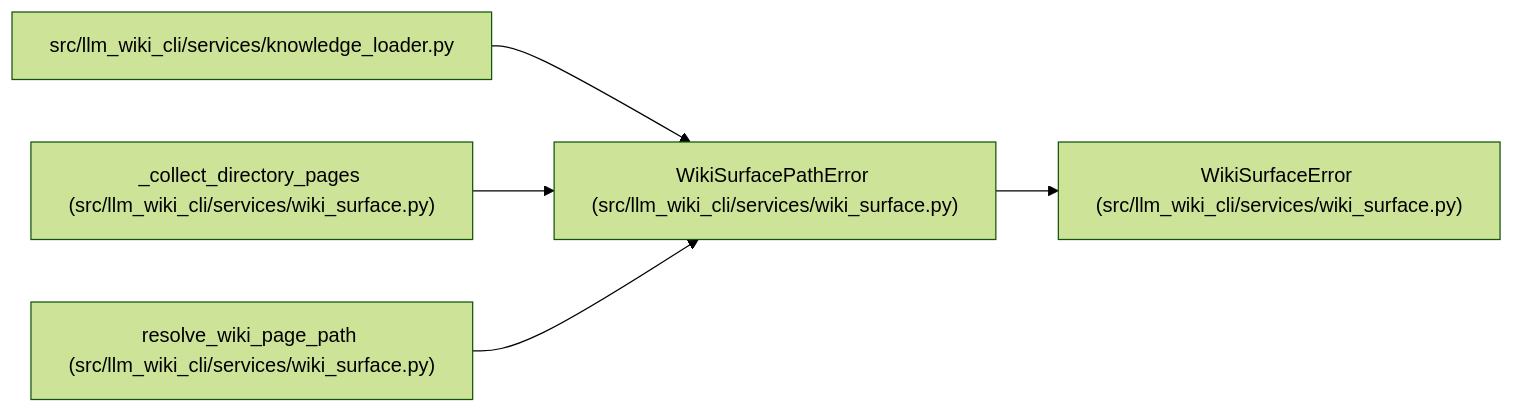
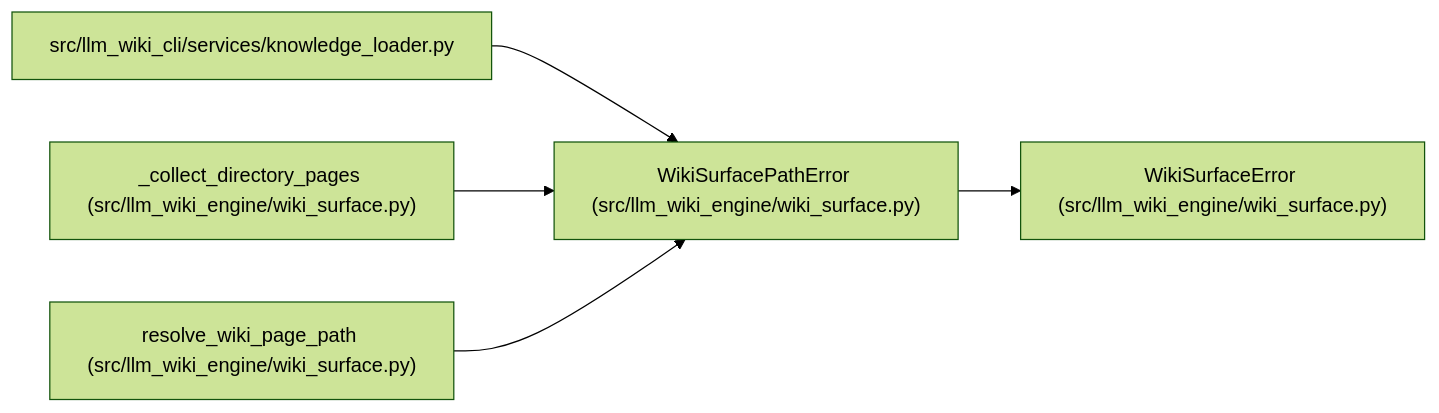
One commit to Denissvgn/python-wiki-llm changed the diagram in docs/llm_wiki/entities/WikiSurfacePathError.md. Above: the diagram before and after it, drawn with Mermaid (forest theme). The commit also changed other lines of this file and 1103 other files, not shown here.

First line of the commit message:
docs: refresh the wiki for the llm-wiki-engine distribution

````diff
--- a/docs/llm_wiki/entities/WikiSurfacePathError.md
+++ b/docs/llm_wiki/entities/WikiSurfacePathError.md
@@ -25,17 +25,17 @@
 ```mermaid
 flowchart LR
-    n0["WikiSurfacePathError (src/llm_wiki_cli/services/wiki_surface.py)"]
-    n1["WikiSurfaceError (src/llm_wiki_cli/services/wiki_surface.py)"]
+    n0["WikiSurfacePathError (src/llm_wiki_engine/wiki_surface.py)"]
+    n1["WikiSurfaceError (src/llm_wiki_engine/wiki_surface.py)"]
     n2["src/llm_wiki_cli/services/knowledge_loader.py"]
-    n3["_collect_directory_pages (src/llm_wiki_cli/services/wiki_surface.py)"]
-    n4["resolve_wiki_page_path (src/llm_wiki_cli/services/wiki_surface.py)"]
+    n3["_collect_directory_pages (src/llm_wiki_engine/wiki_surface.py)"]
+    n4["resolve_wiki_page_path (src/llm_wiki_engine/wiki_surface.py)"]
     n0 --> n1
     n2 --> n0
     n3 --> n0
     n4 --> n0
     click n0 "../modules/wiki_surface.md"
     click n1 "../modules/wiki_surface.md"
     click n2 "../modules/knowledge_loader.md"
     click n3 "../modules/wiki_surface.md"
     click n4 "../modules/wiki_surface.md"
 ```
````
